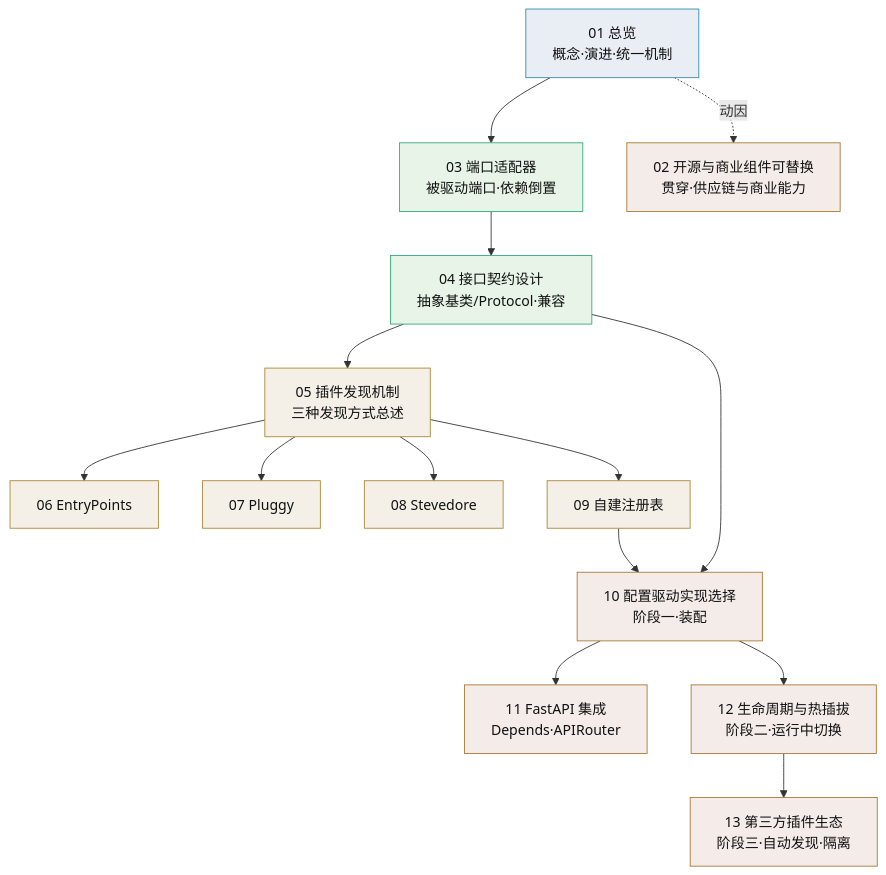
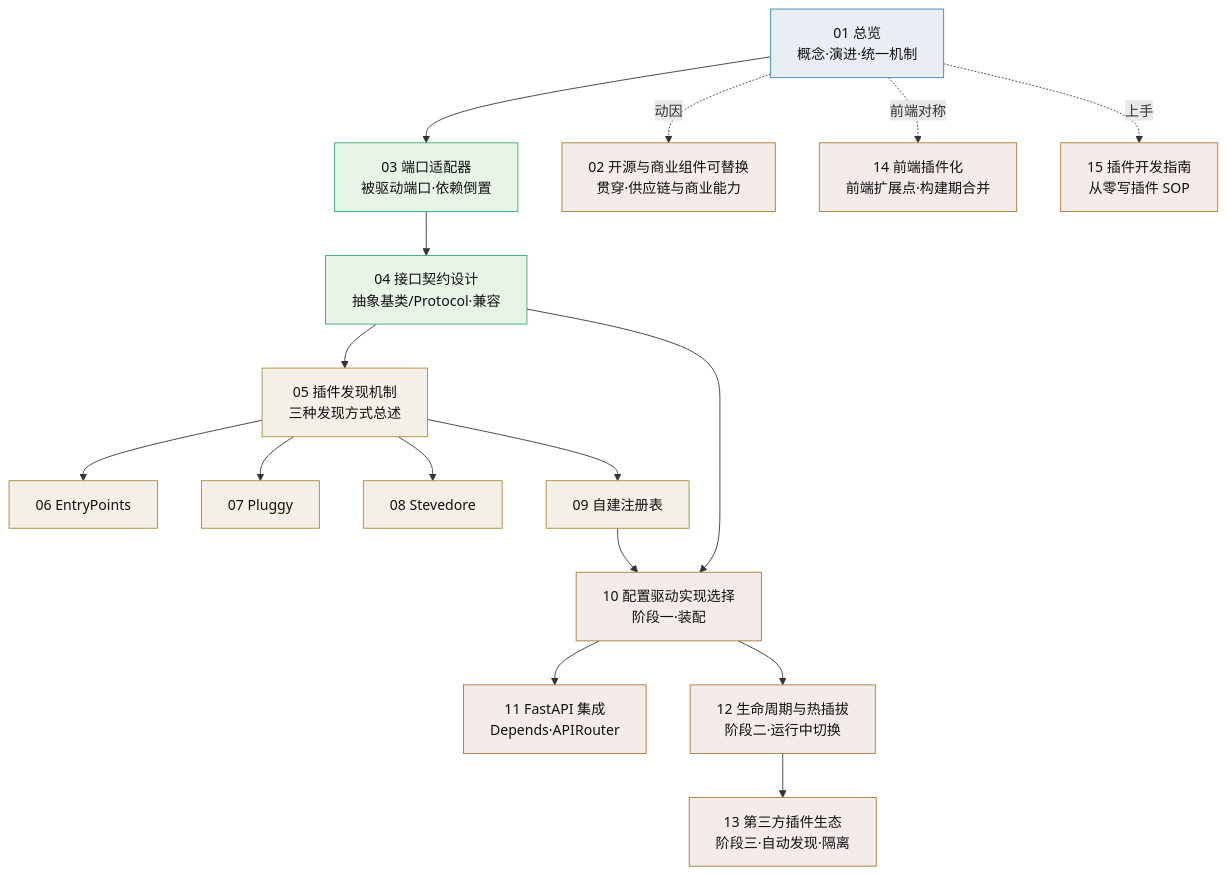
The first of 3 diagrams in bms文档/资料/知识档案/插件化架构/01_插件化架构_总览.md (minjian123/basic-management-system), drawn with Mermaid before and after one commit. The commit also changed other lines of this file and 9 other files, not shown here.

````diff
--- a/bms文档/资料/知识档案/插件化架构/01_插件化架构_总览.md
+++ b/bms文档/资料/知识档案/插件化架构/01_插件化架构_总览.md
@@ -69,31 +69,35 @@
 ```mermaid
 flowchart TB
     O[01 总览<br/>概念·演进·统一机制]:::core
     P[03 端口适配器<br/>被驱动端口·依赖倒置]:::theory
     C[04 接口契约设计<br/>抽象基类/Protocol·兼容]:::theory
     D[05 插件发现机制<br/>三种发现方式总述]:::how
     D1[06 EntryPoints]:::how
     D2[07 Pluggy]:::how
     D3[08 Stevedore]:::how
     D4[09 自建注册表]:::how
     W[10 配置驱动实现选择<br/>阶段一·装配]:::stage
     F[11 FastAPI 集成<br/>Depends·APIRouter]:::stage
     L[12 生命周期与热插拔<br/>阶段二·运行中切换]:::stage
     E[13 第三方插件生态<br/>阶段三·自动发现·隔离]:::stage
     E02[02 开源与商业组件可替换<br/>贯穿·供应链与商业能力]:::stage
+    F14[14 前端插件化<br/>前端扩展点·构建期合并]:::stage
+    G15[15 插件开发指南<br/>从零写插件 SOP]:::stage
     O --> P --> C --> D
     D --> D1
     D --> D2
     D --> D3
     D --> D4
     D4 --> W
     C --> W
     W --> F
     W --> L
     L --> E
     O -. 动因 .-> E02
+    O -. 前端对称 .-> F14
+    O -. 上手 .-> G15
     classDef core fill:#e8eef4,stroke:#38a,color:#111
     classDef theory fill:#e8f4e8,stroke:#3a7,color:#111
     classDef how fill:#f4f0e8,stroke:#a83,color:#111
     classDef stage fill:#f4ece8,stroke:#a73,color:#111
 ```
````
